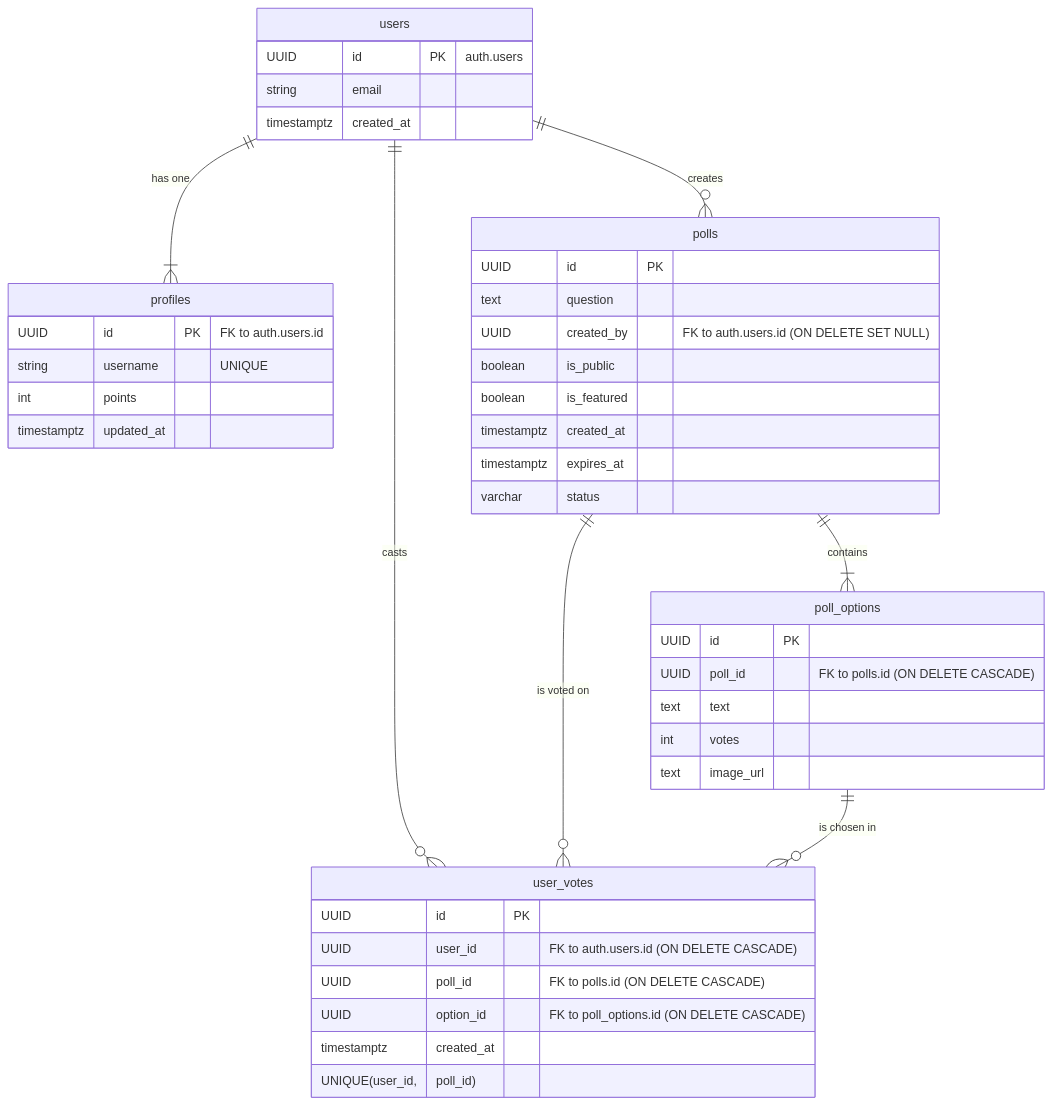
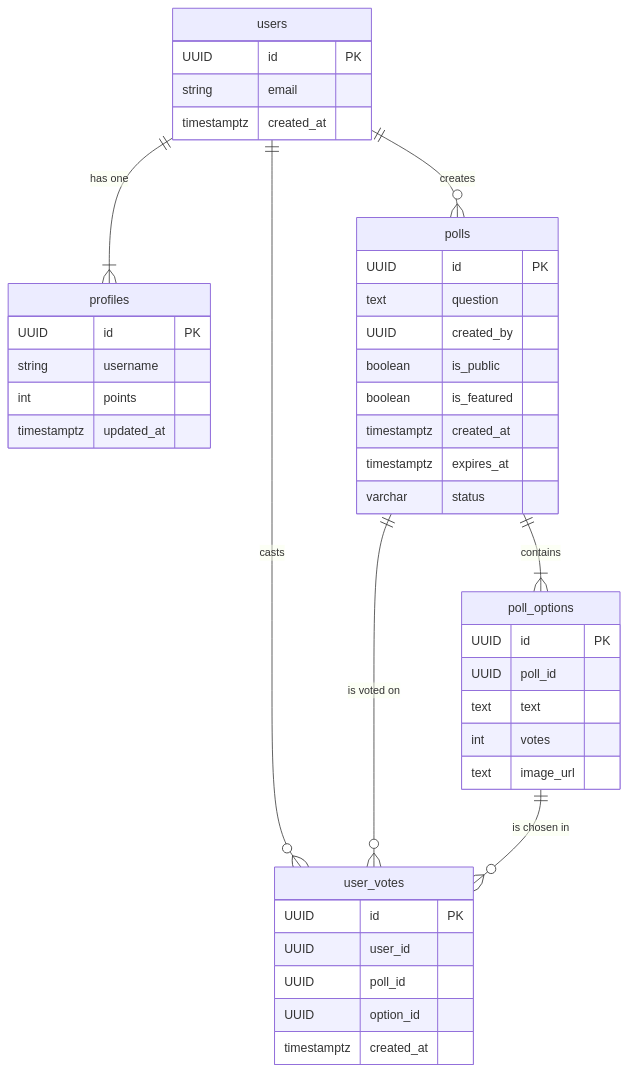
The diagram in README.md (ChoiKyeongHoon/heyversus), drawn with Mermaid before and after one commit. The commit also changed other lines of this file, not shown here.

Commit message:
docs: FIx Mermaid diagram syntax for GitHub rendering

````diff
--- a/README.md
+++ b/README.md
@@ -97,52 +59,51 @@
 ```mermaid
 erDiagram
     users ||--|{ profiles : "has one"
     users ||--o{ polls : "creates"
     users ||--o{ user_votes : "casts"
 
     polls ||--|{ poll_options : "contains"
     polls ||--o{ user_votes : "is voted on"
 
     poll_options ||--o{ user_votes : "is chosen in"
 
     users {
-        UUID id PK "auth.users"
+        UUID id PK
         string email
         timestamptz created_at
     }
 
     profiles {
-        UUID id PK "FK to auth.users.id"
-        string username "UNIQUE"
+        UUID id PK
+        string username
         int points
         timestamptz updated_at
     }
 
     polls {
         UUID id PK
         text question
-        UUID created_by "FK to auth.users.id (ON DELETE SET NULL)"
+        UUID created_by
         boolean is_public
         boolean is_featured
         timestamptz created_at
         timestamptz expires_at
         varchar status
     }
 
     poll_options {
         UUID id PK
-        UUID poll_id "FK to polls.id (ON DELETE CASCADE)"
+        UUID poll_id
         text text
         int votes
         text image_url
     }
 
     user_votes {
         UUID id PK
-        UUID user_id "FK to auth.users.id (ON DELETE CASCADE)"
-        UUID poll_id "FK to polls.id (ON DELETE CASCADE)"
-        UUID option_id "FK to poll_options.id (ON DELETE CASCADE)"
+        UUID user_id
+        UUID poll_id
+        UUID option_id
         timestamptz created_at
-        UNIQUE(user_id, poll_id)
     }
 ```
````
